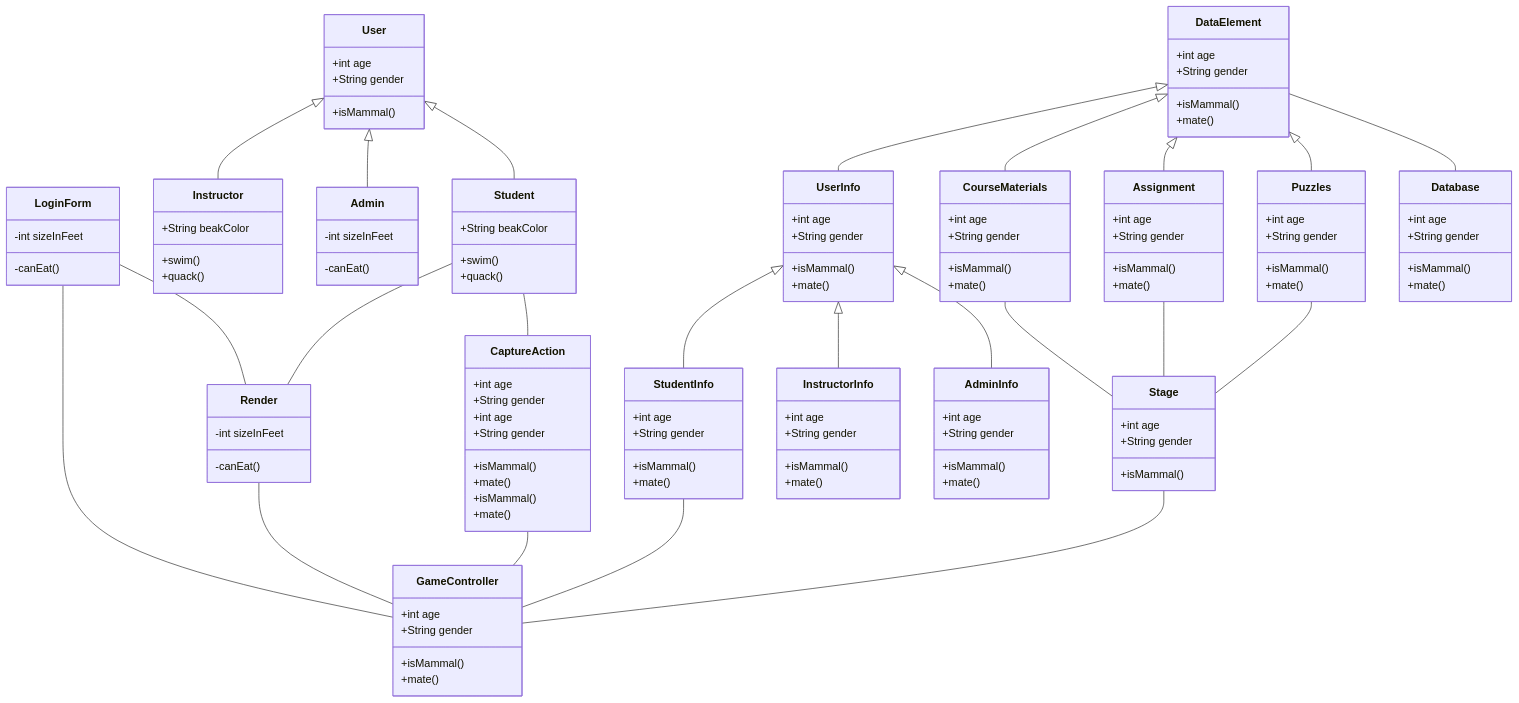
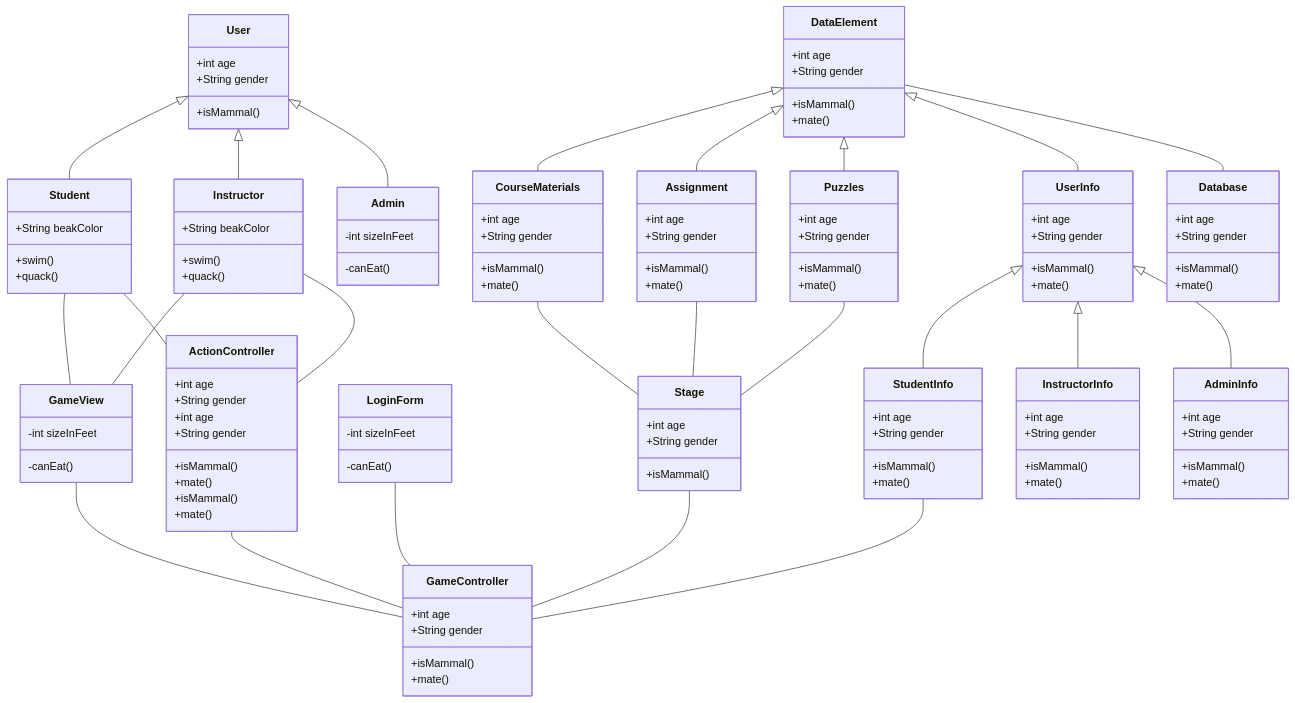
One commit to Abdullahaml1/cse608-assignments changed the diagram in Assignment_2/class_draft/class_playgame.md. Above: the diagram before and after it, drawn with Mermaid. The commit also changed 1 other file, not shown here.

Commit message:
completing drafts

```diff
--- a/Assignment_2/class_draft/class_playgame.md
+++ b/Assignment_2/class_draft/class_playgame.md
@@ -6,15 +6,18 @@
 User <|-- Admin
 
 
-LoginForm -- Render
 
 
-Student -- Render
-Student -- CaptureAction
+Student -- GameView
+Student -- ActionController
+
+
+Instructor -- GameView
+Instructor -- ActionController
 
 LoginForm -- GameController
-Render -- GameController
-CaptureAction -- GameController
+GameView -- GameController
+ActionController -- GameController
 StudentInfo -- GameController
 Stage -- GameController
 
@@ -65,13 +68,13 @@
 -canEat()
 }
 
-class Render{
+class GameView{
 -int sizeInFeet
 -canEat()
 }
 
 
-class CaptureAction{
+class ActionController{
 +int age
 +String gender
 +isMammal()
@@ -79,7 +82,7 @@
 }
 
 
-class CaptureAction{
+class ActionController{
 +int age
 +String gender
 +isMammal()
```
